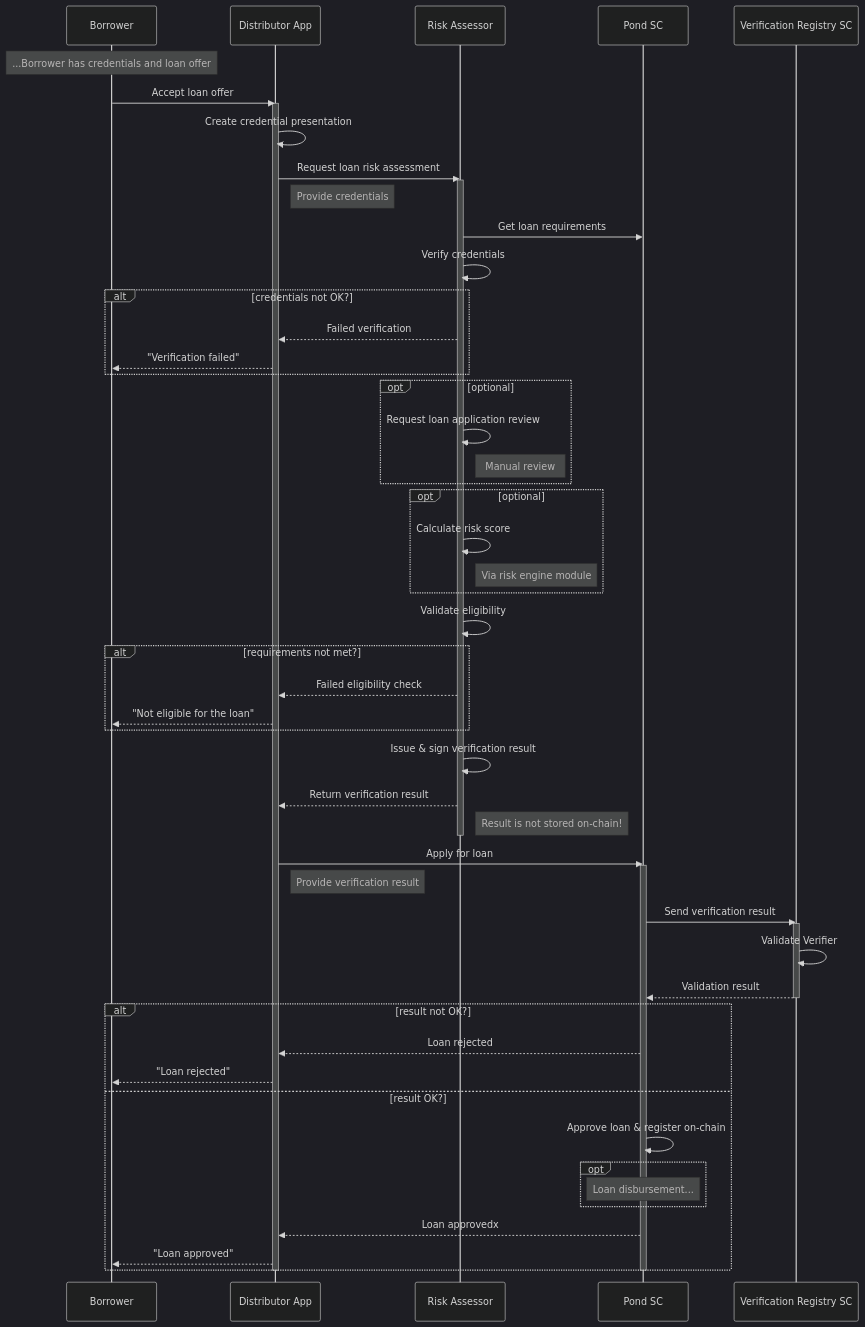
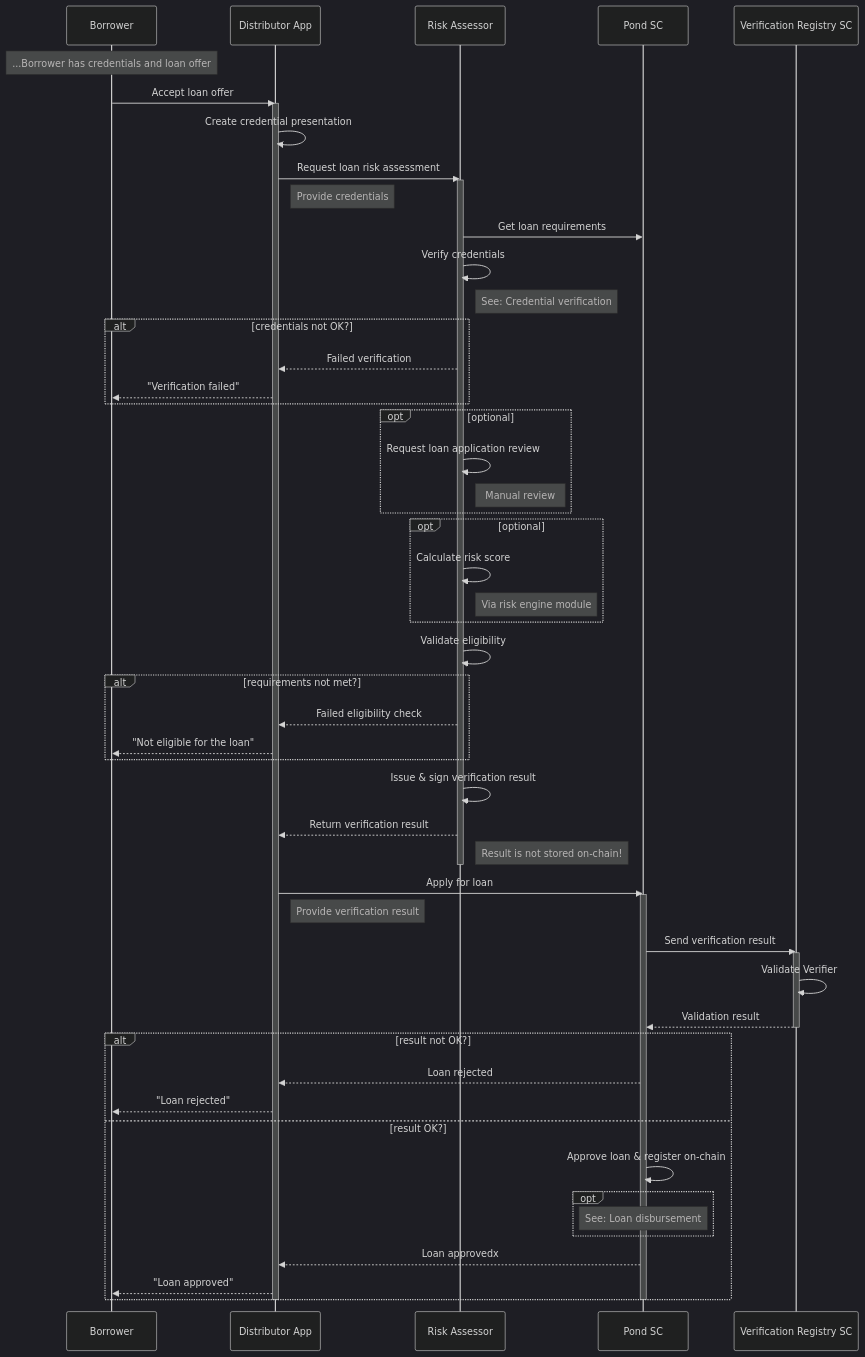
The diagram in flows/C-Risk-Mgmt-3-Loan-Approval.md (growr-xyz/growr-documentation), drawn with Mermaid (dark theme) before and after one commit. The commit also changed other lines of this file and 8 other files, not shown here.

Commit message:
Updated flows

````diff
--- a/flows/C-Risk-Mgmt-3-Loan-Approval.md
+++ b/flows/C-Risk-Mgmt-3-Loan-Approval.md
@@ -4,59 +4,60 @@
 ```mermaid
 sequenceDiagram
     participant Borrower
     participant Distributor App
     participant Risk Assessor
     participant Pond SC
     participant Verification Registry SC
     Note over Borrower: ...Borrower has credentials and loan offer
     Borrower->>Distributor App: Accept loan offer
     activate Distributor App
     Distributor App->>Distributor App: Create credential presentation
     Distributor App->>Risk Assessor: Request loan risk assessment
     activate Risk Assessor
     Note right of Distributor App: Provide credentials
     Risk Assessor->>Pond SC: Get loan requirements
     Risk Assessor->>Risk Assessor: Verify credentials
+    Note right of Risk Assessor: See: Credential verification
     alt credentials not OK?
         Risk Assessor-->>Distributor App: Failed verification
         Distributor App-->>Borrower: "Verification failed"
     end
     opt optional
         Risk Assessor->>Risk Assessor: Request loan application review
         Note right of Risk Assessor: Manual review
     end
     opt optional
         Risk Assessor->>Risk Assessor: Calculate risk score
         Note right of Risk Assessor: Via risk engine module
     end
     Risk Assessor->>Risk Assessor: Validate eligibility
     alt requirements not met?
         Risk Assessor-->>Distributor App: Failed eligibility check
         Distributor App-->>Borrower: "Not eligible for the loan"
     end
     Risk Assessor->>Risk Assessor: Issue & sign verification result
     Risk Assessor-->>Distributor App: Return verification result
     Note right of Risk Assessor: Result is not stored on-chain!
     deactivate Risk Assessor
     Distributor App->>Pond SC: Apply for loan
     activate Pond SC
     Note right of Distributor App: Provide verification result
     Pond SC->>Verification Registry SC: Send verification result
     activate Verification Registry SC
     Verification Registry SC->>Verification Registry SC: Validate Verifier
     Verification Registry SC-->>Pond SC: Validation result
     deactivate Verification Registry SC
     alt result not OK?
         Pond SC-->>Distributor App: Loan rejected
         Distributor App-->>Borrower: "Loan rejected"
     else result OK?
         Pond SC->>Pond SC: Approve loan & register on-chain
         opt
-            Note over Pond SC: Loan disbursement...
+            Note over Pond SC: See: Loan disbursement
         end
         Pond SC-->>Distributor App: Loan approvedx
         Distributor App-->>Borrower: "Loan approved"
     end
     deactivate Pond SC
     deactivate Distributor App
 ```
````
